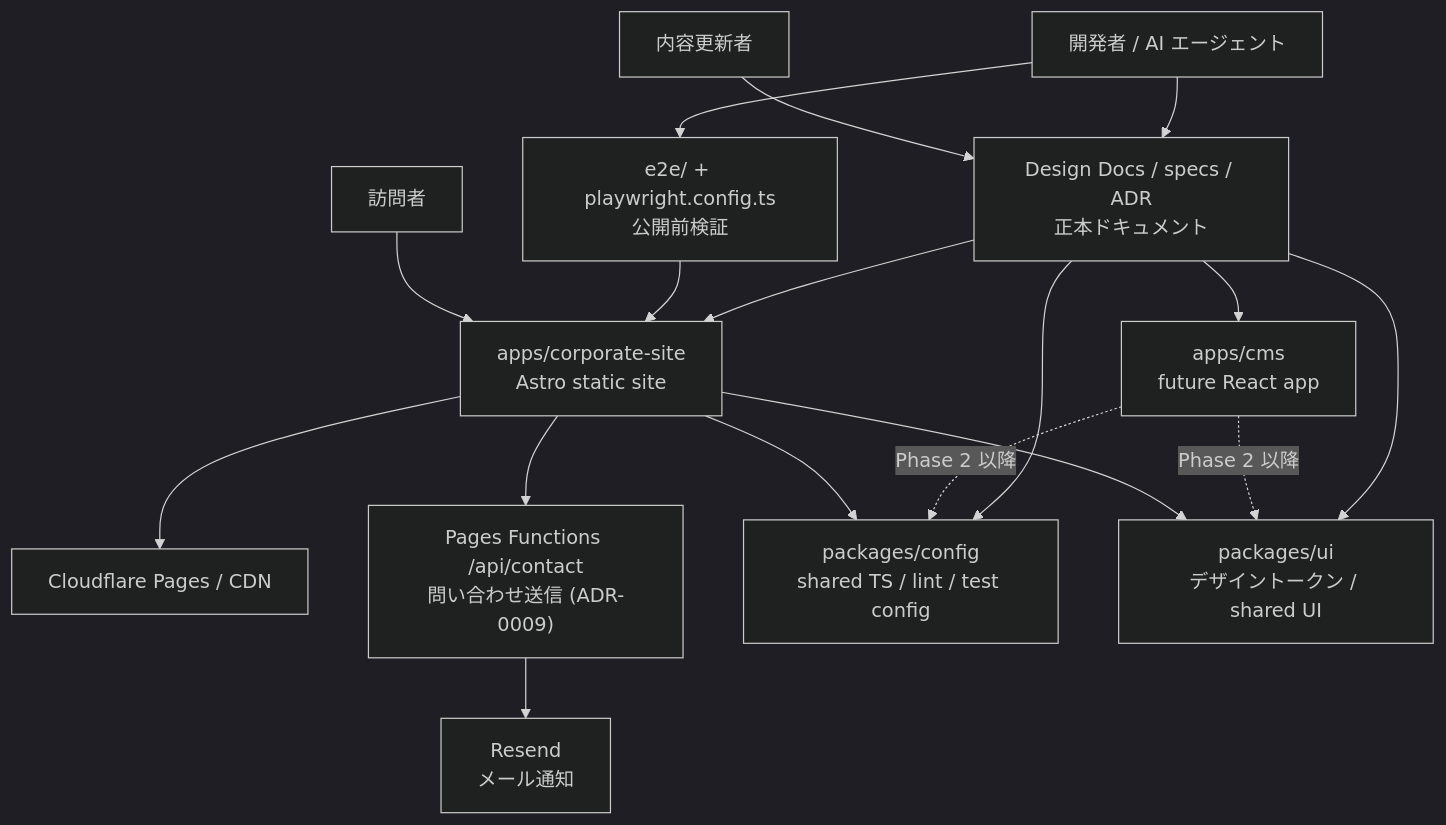
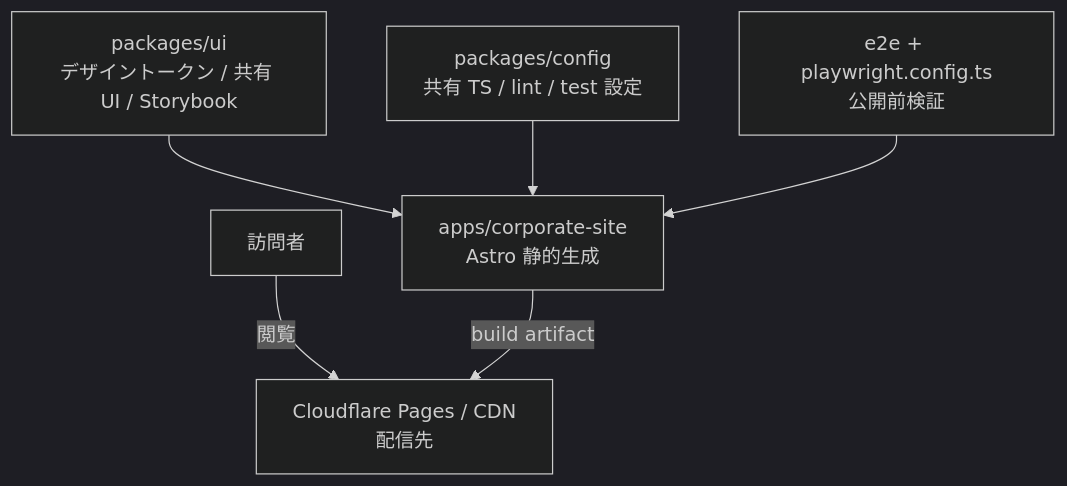
The second of 2 diagrams in design/DesignDoc.md (Fukuemon/kufu-apps), drawn with Mermaid (dark theme) before and after one commit. The commit also changed other lines of this file and 2 other files, not shown here.

First line of the commit message:
docs(core): #31 DesignDoc を現状事実化し C4 L1/L2 を再設計

````diff
--- a/design/DesignDoc.md
+++ b/design/DesignDoc.md
@@ -211,21 +174,8 @@
 ```mermaid
 flowchart TD
-    Visitor["訪問者"] --> Corporate["apps/corporate-site\nAstro static site"]
-    Operator["内容更新者"] --> Docs["Design Docs / specs / ADR\n正本ドキュメント"]
-    Developer["開発者 / AI エージェント"] --> Docs
-    Developer --> E2E["e2e/ + playwright.config.ts\n公開前検証"]
-
-    Corporate --> Cloudflare["Cloudflare Pages / CDN"]
-    Corporate --> Functions["Pages Functions /api/contact\n問い合わせ送信 (ADR-0009)"]
-    Functions --> Resend["Resend\nメール通知"]
-    Corporate --> Config["packages/config\nshared TS / lint / test config"]
-    Corporate --> UI["packages/ui\nデザイントークン / shared UI"]
-    E2E --> Corporate
-
-    CMS["apps/cms\nfuture React app"] -. "Phase 2 以降" .-> UI
-    CMS -. "Phase 2 以降" .-> Config
-    Docs --> Corporate
-    Docs --> CMS
-    Docs --> UI
-    Docs --> Config
+    Visitor["訪問者"] -->|"閲覧"| CF["Cloudflare Pages / CDN<br/>配信先"]
+    Corp["apps/corporate-site<br/>Astro 静的生成"] -->|"build artifact"| CF
+    UI["packages/ui<br/>デザイントークン / 共有 UI / Storybook"] --> Corp
+    Config["packages/config<br/>共有 TS / lint / test 設定"] --> Corp
+    E2E["e2e + playwright.config.ts<br/>公開前検証"] --> Corp
 ```
````
